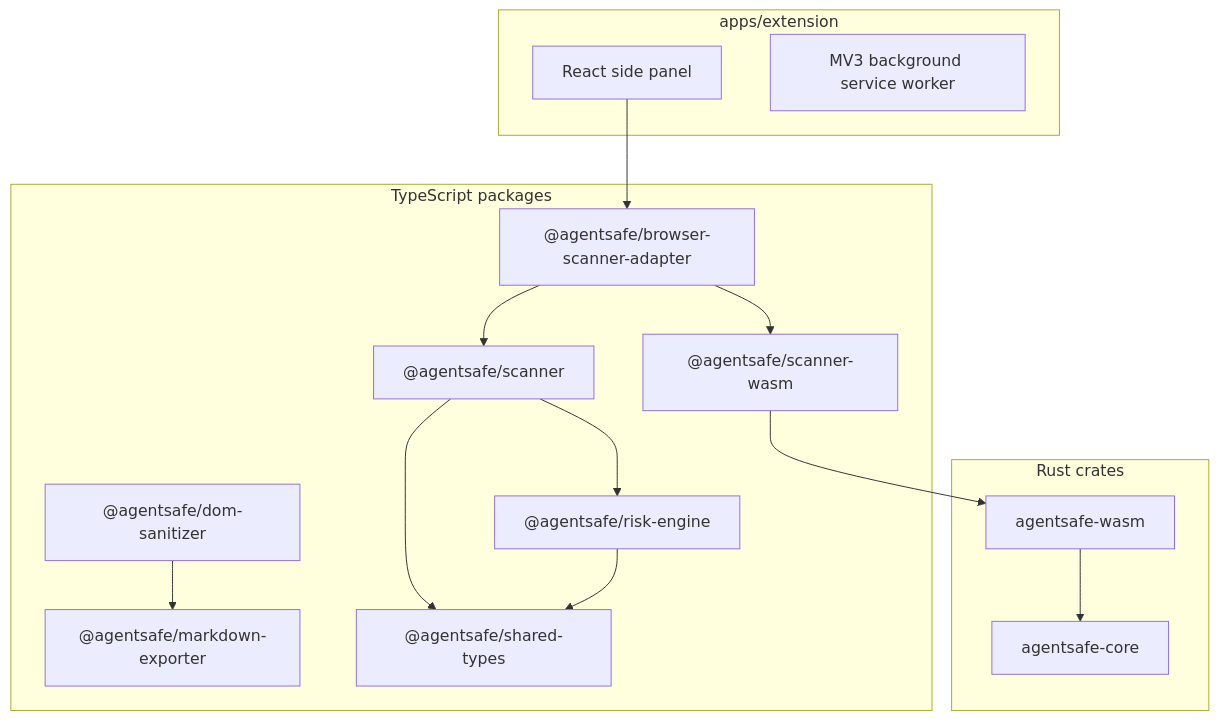
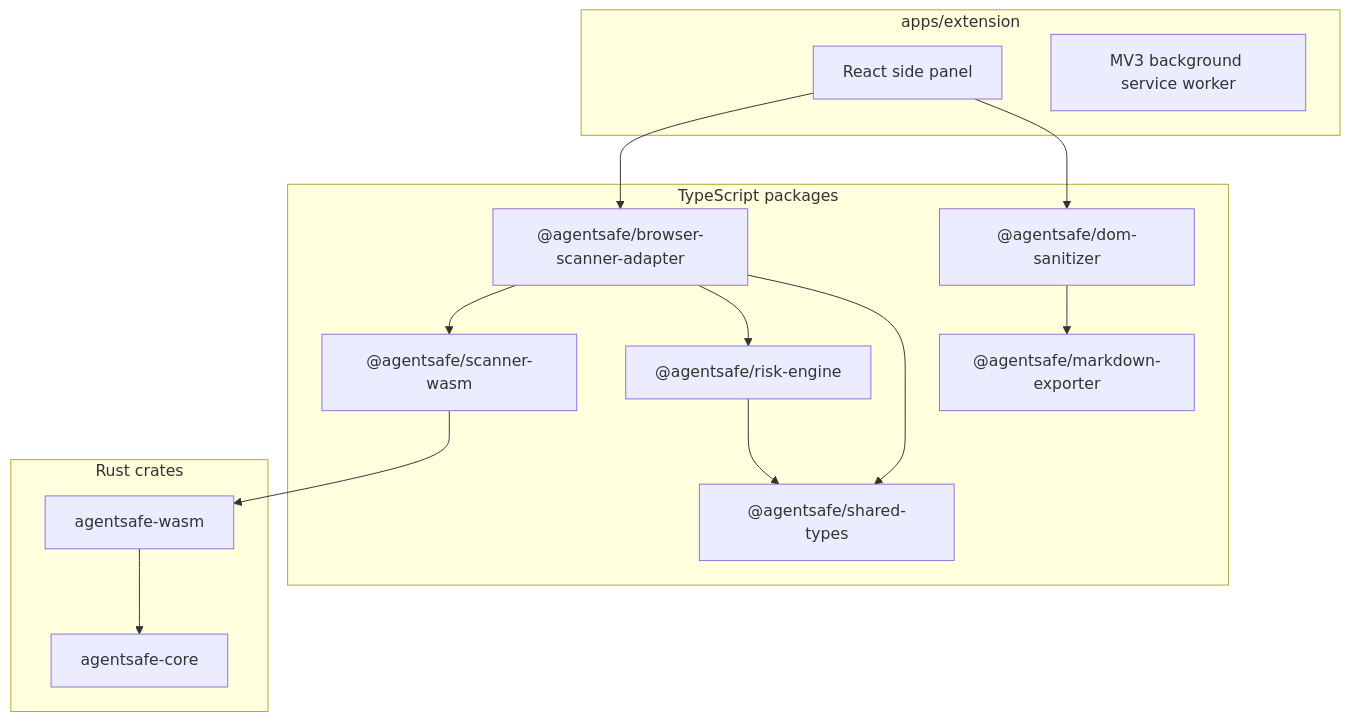
One commit to shadkhan/agentsafe changed the second of 2 diagrams in README.md. Above: the diagram before and after it, drawn with Mermaid. The commit also changed other lines of this file and 31 other files, not shown here.

````diff
--- a/README.md
+++ b/README.md
@@ -41,32 +41,31 @@
 ```mermaid
 flowchart TB
   subgraph Extension["apps/extension"]
     SidePanel[React side panel]
     Background[MV3 background service worker]
   end
 
   subgraph Packages["TypeScript packages"]
     Adapter["@agentsafe/browser-scanner-adapter"]
-    Scanner["@agentsafe/scanner"]
     Risk["@agentsafe/risk-engine"]
     Sanitizer["@agentsafe/dom-sanitizer"]
     Exporter["@agentsafe/markdown-exporter"]
     Types["@agentsafe/shared-types"]
     WasmWrapper["@agentsafe/scanner-wasm"]
   end
 
   subgraph Rust["Rust crates"]
     Core["agentsafe-core"]
     Wasm["agentsafe-wasm"]
   end
 
   SidePanel --> Adapter
-  Adapter --> Scanner
   Adapter --> WasmWrapper
-  Scanner --> Risk
-  Scanner --> Types
+  Adapter --> Risk
+  Adapter --> Types
   Risk --> Types
+  SidePanel --> Sanitizer
   Sanitizer --> Exporter
   WasmWrapper --> Wasm
   Wasm --> Core
 ```
````
